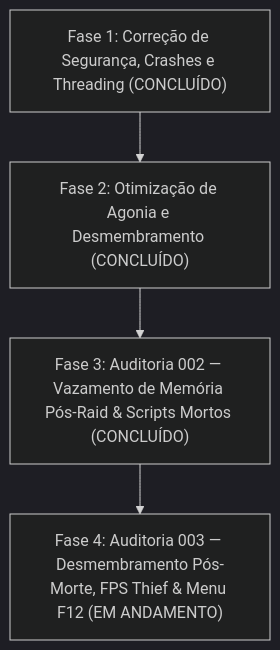
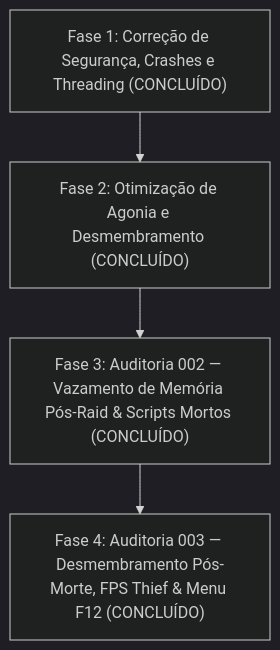
Before and after one commit to guilhermebvdm/tarkov-spt-4.0: the diagram in mods/VisceralCombat/docs/refactor-roadmap.md, drawn with Mermaid (dark theme). The commit also changed other lines of this file, not shown here.

Commit message:
docs(VisceralCombat): mark Phase 4 / Audit 003 as completed in roadmap

````diff
--- a/mods/VisceralCombat/docs/refactor-roadmap.md
+++ b/mods/VisceralCombat/docs/refactor-roadmap.md
@@ -28,6 +28,6 @@
 ```mermaid
 graph TD
     Phase1["Fase 1: Correção de Segurança, Crashes e Threading (CONCLUÍDO)"] --> Phase2["Fase 2: Otimização de Agonia e Desmembramento (CONCLUÍDO)"]
     Phase2 --> Phase3["Fase 3: Auditoria 002 — Vazamento de Memória Pós-Raid & Scripts Mortos (CONCLUÍDO)"]
-    Phase3 --> Phase4["Fase 4: Auditoria 003 — Desmembramento Pós-Morte, FPS Thief & Menu F12 (EM ANDAMENTO)"]
+    Phase3 --> Phase4["Fase 4: Auditoria 003 — Desmembramento Pós-Morte, FPS Thief & Menu F12 (CONCLUÍDO)"]
 ```
````
